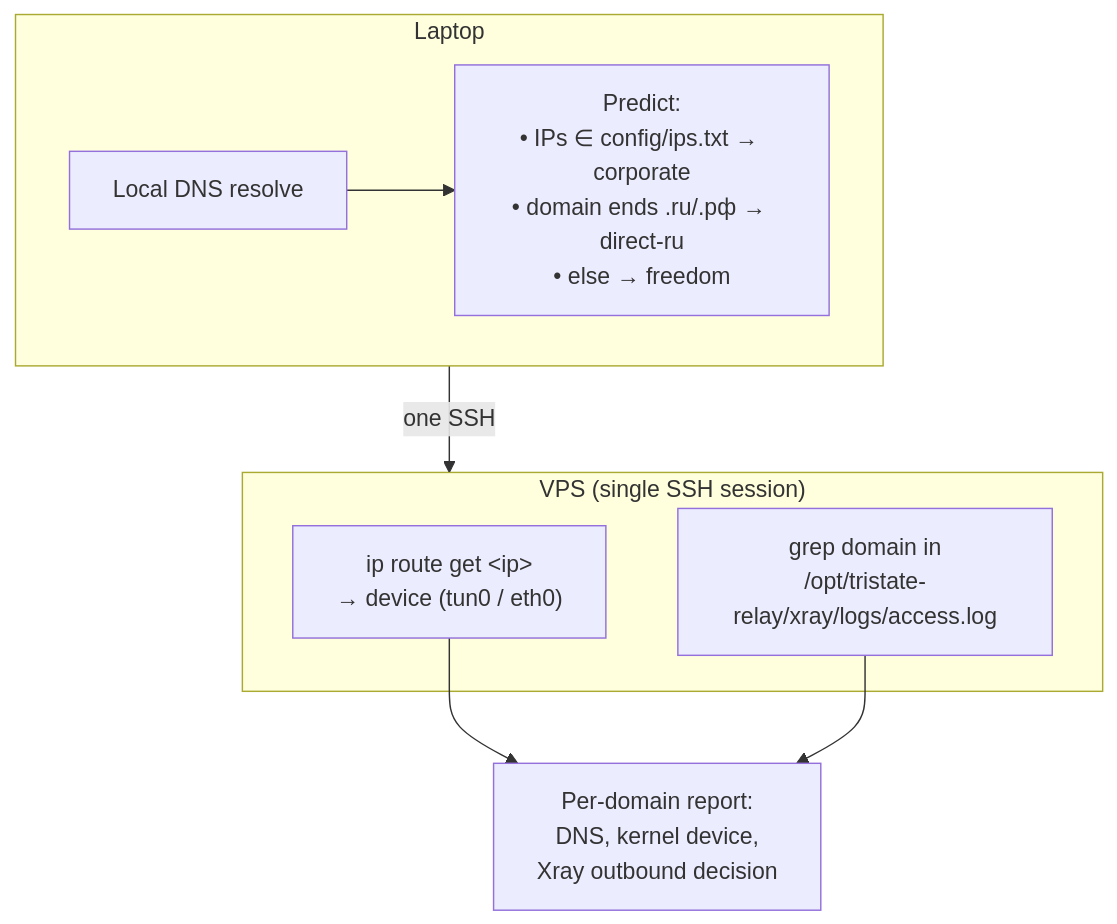
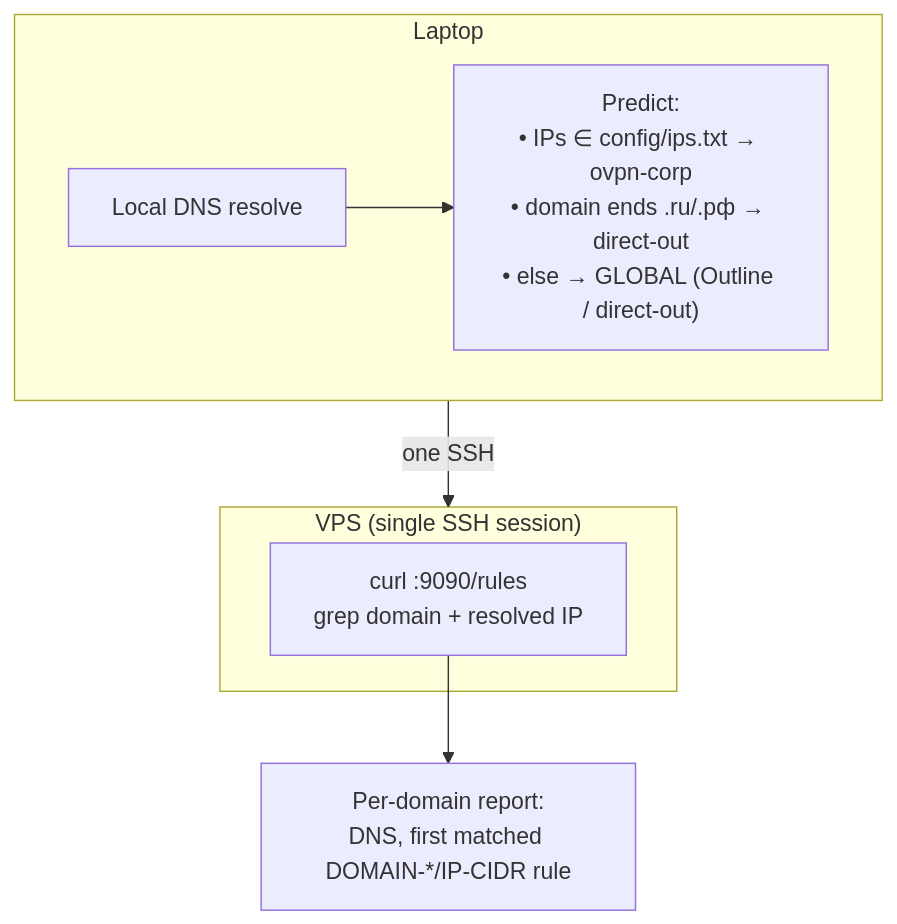
Before and after one commit to monkeycatdog/vpn-provision: the ninth of 9 diagrams in README.md, drawn with Mermaid. The commit also changed other lines of this file and 27 other files, not shown here.

````diff
--- a/README.md
+++ b/README.md
@@ -551,15 +723,13 @@
 ```mermaid
 flowchart TB
   subgraph laptop["Laptop"]
     DNS["Local DNS resolve"]
-    PRED["Predict:<br/>• IPs ∈ config/ips.txt → corporate<br/>• domain ends .ru/.рф → direct-ru<br/>• else → freedom"]
+    PRED["Predict:<br/>• IPs ∈ config/ips.txt → ovpn-corp<br/>• domain ends .ru/.рф → direct-out<br/>• else → GLOBAL (Outline / direct-out)"]
   end
   subgraph vps["VPS (single SSH session)"]
-    KROUTE["ip route get &lt;ip&gt;<br/>→ device (tun0 / eth0)"]
-    ALOG["grep domain in<br/>/opt/tristate-relay/xray/logs/access.log"]
+    RULES["curl :9090/rules<br/>grep domain + resolved IP"]
   end
   DNS --> PRED
   laptop -- "one SSH" --> vps
-  KROUTE --> VERDICT
-  ALOG --> VERDICT["Per-domain report:<br/>DNS, kernel device,<br/>Xray outbound decision"]
+  RULES --> VERDICT["Per-domain report:<br/>DNS, first matched DOMAIN-*/IP-CIDR rule"]
 ```
````
